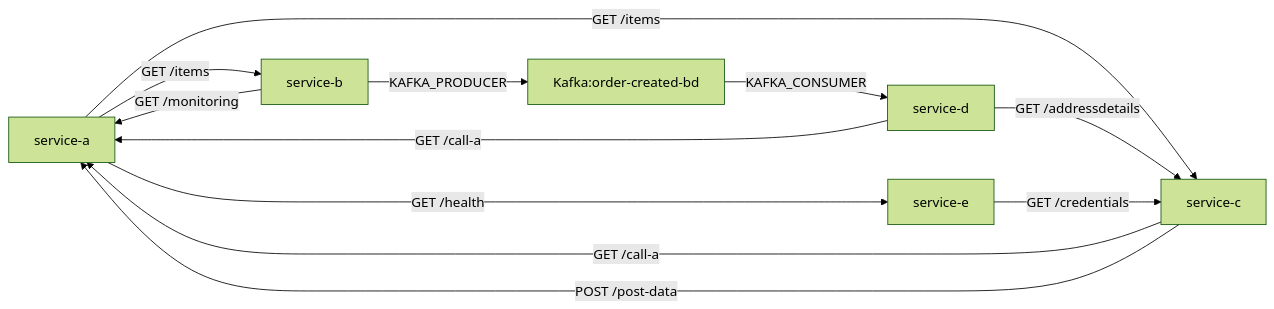
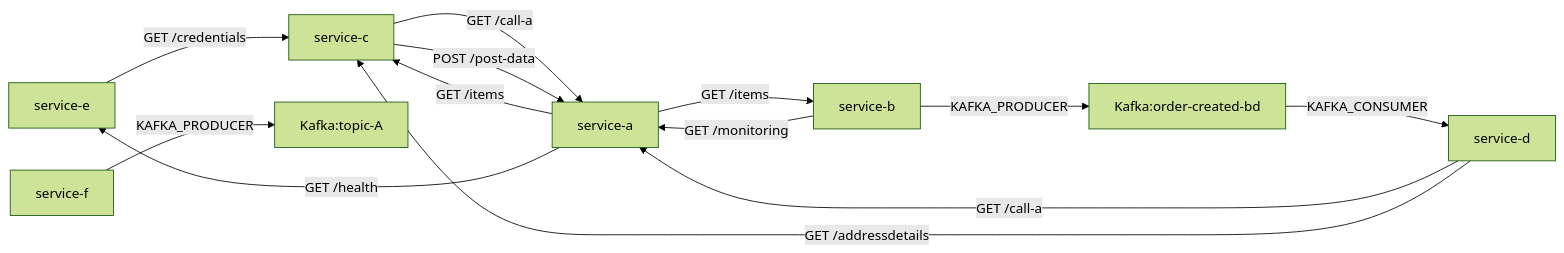
One commit to lokesh0507/First_project changed the diagram in output/deps.md. Above: the diagram before and after it, drawn with Mermaid (forest theme).

Commit message:
Auto-update dependency graph

````diff
--- a/output/deps.md
+++ b/output/deps.md
@@ -1,14 +1,15 @@
 ```mermaid
 graph LR
+  service-e -->|GET /credentials| service-c
+  service-d -->|GET /call-a| service-a
+  service-d -->|GET /addressdetails| service-c
+  Kafka:order-created-bd -->|KAFKA_CONSUMER| service-d
   service-a -->|GET /items| service-b
   service-a -->|GET /items| service-c
   service-a -->|GET /health| service-e
+  service-c -->|GET /call-a| service-a
+  service-c -->|POST /post-data| service-a
   service-b -->|GET /monitoring| service-a
   service-b -->|KAFKA_PRODUCER| Kafka:order-created-bd
-  service-c -->|GET /call-a| service-a
-  service-c -->|POST /post-data| service-a
-  service-d -->|GET /call-a| service-a
-  service-d -->|GET /addressdetails| service-c
-  Kafka:order-created-bd -->|KAFKA_CONSUMER| service-d
-  service-e -->|GET /credentials| service-c
+  service-f -->|KAFKA_PRODUCER| Kafka:topic-A
 ```
````
